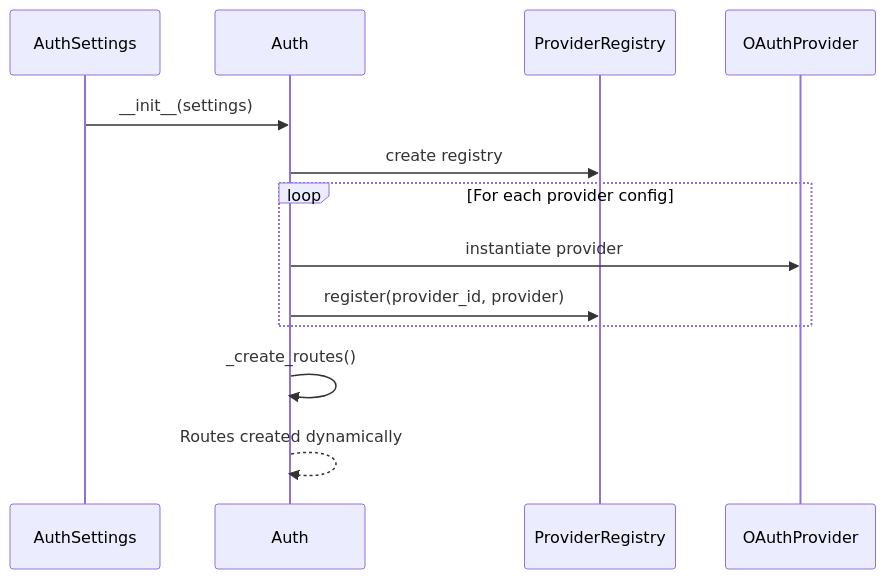
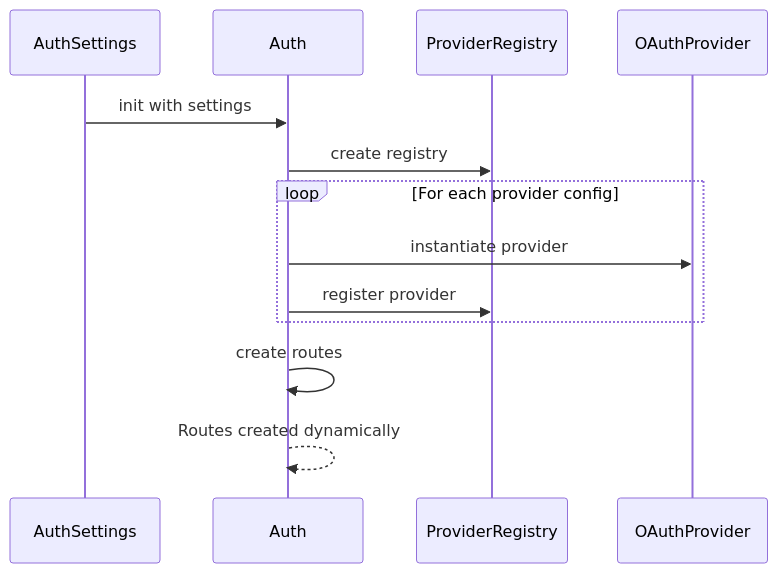
Before and after one commit to mplemay/belgie: the second of 6 diagrams in design/002-generic-oauth-providers.md, drawn with Mermaid. The commit also changed other lines of this file, not shown here.

````diff
--- a/design/002-generic-oauth-providers.md
+++ b/design/002-generic-oauth-providers.md
@@ -92,16 +106,16 @@
 ```mermaid
 sequenceDiagram
     participant Settings as AuthSettings
     participant Auth as Auth
     participant Registry as ProviderRegistry
     participant Provider as OAuthProvider
 
-    Settings->>Auth: __init__(settings)
+    Settings->>Auth: init with settings
     Auth->>Registry: create registry
     loop For each provider config
         Auth->>Provider: instantiate provider
-        Auth->>Registry: register(provider_id, provider)
+        Auth->>Registry: register provider
     end
-    Auth->>Auth: _create_routes()
+    Auth->>Auth: create routes
     Auth-->>Auth: Routes created dynamically
 ```
````
